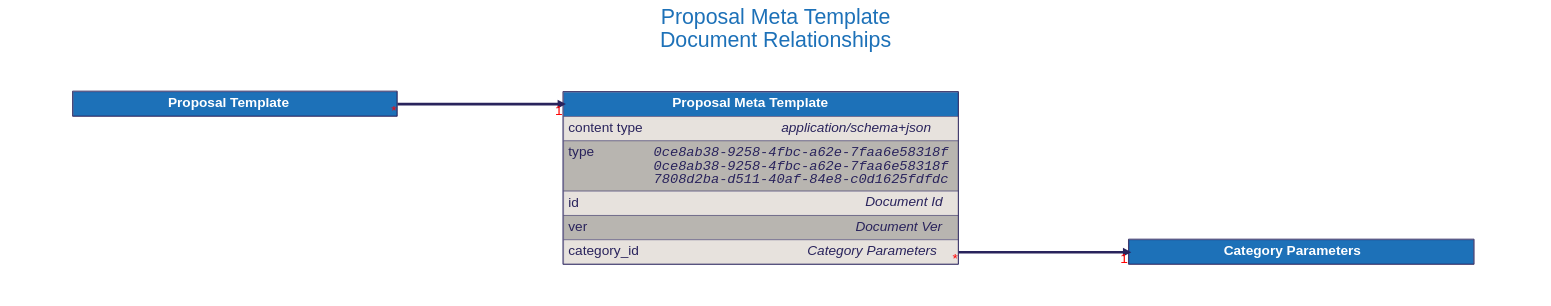
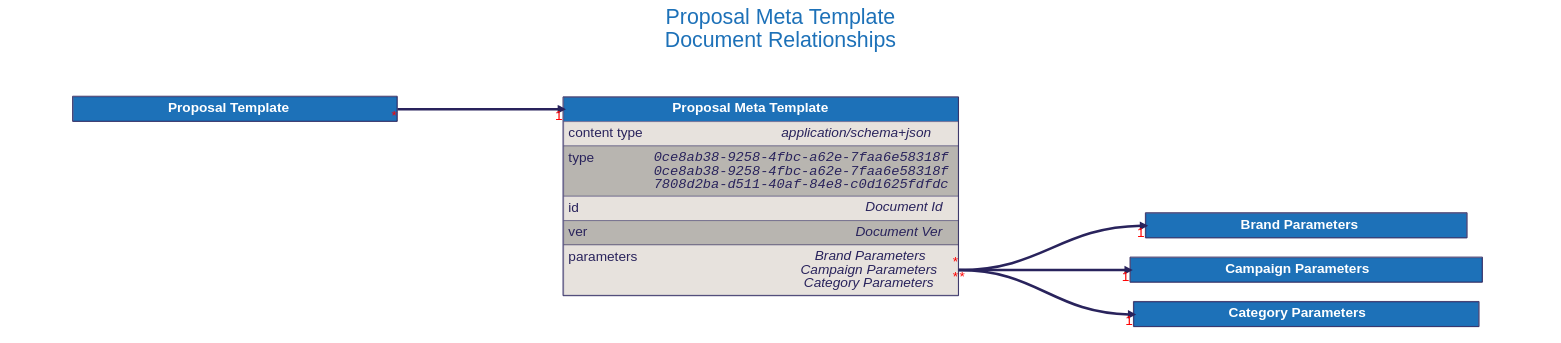
The diagram in docs/src/architecture/08_concepts/signed_doc/diagrams/proposal_meta_template.dot (input-output-hk/catalyst-libs), drawn with Graphviz before and after one commit. The commit also changed 42 other files, not shown here.

```diff
--- a/docs/src/architecture/08_concepts/signed_doc/diagrams/proposal_meta_template.dot
+++ b/docs/src/architecture/08_concepts/signed_doc/diagrams/proposal_meta_template.dot
@@ -1,111 +1,143 @@
 digraph "Proposal Meta Template" {
     rankdir="LR"
         graph [fontname="helvetica", fontsize="32", fontcolor="#29235c", bgcolor="white"];
         node [penwidth="0", margin="0", fontname="helvetica", fontsize="32", fontcolor="#29235c"];
         edge [fontname="helvetica", fontsize="32", fontcolor="red", color="#29235c"];
 
     labelloc="t"
     label="Proposal Meta Template
 Document Relationships"
     fontcolor="#1d71b8"
     fontsize=50
+
+
+    "Brand Parameters" [
+        id="Brand Parameters";
+        label=<
+            <TABLE BORDER="2" COLOR="#29235c" CELLBORDER="1" CELLSPACING="0" CELLPADDING="10">
+            <TR>
+                <TD PORT="title" BGCOLOR="#1d71b8" HREF="../brand_parameters/">
+                    <FONT COLOR="#ffffff"><B> Brand Parameters </B></FONT>
+                </TD>
+            </TR>
+
+            </TABLE>
+        >
+    ];
+
+
+    "Campaign Parameters" [
+        id="Campaign Parameters";
+        label=<
+            <TABLE BORDER="2" COLOR="#29235c" CELLBORDER="1" CELLSPACING="0" CELLPADDING="10">
+            <TR>
+                <TD PORT="title" BGCOLOR="#1d71b8" HREF="../campaign_parameters/">
+                    <FONT COLOR="#ffffff"><B> Campaign Parameters </B></FONT>
+                </TD>
+            </TR>
+
+            </TABLE>
+        >
+    ];
 
 
     "Category Parameters" [
         id="Category Parameters";
         label=<
             <TABLE BORDER="2" COLOR="#29235c" CELLBORDER="1" CELLSPACING="0" CELLPADDING="10">
             <TR>
                 <TD PORT="title" BGCOLOR="#1d71b8" HREF="../category_parameters/">
                     <FONT COLOR="#ffffff"><B> Category Parameters </B></FONT>
                 </TD>
             </TR>
 
             </TABLE>
         >
     ];
 
 
     "Proposal Meta Template" [
         id="Proposal Meta Template";
         label=<
             <TABLE BORDER="2" COLOR="#29235c" CELLBORDER="1" CELLSPACING="0" CELLPADDING="10">
             <TR>
                 <TD PORT="title" BGCOLOR="#1d71b8" HREF="../proposal_meta_template/">
                     <FONT COLOR="#ffffff"><B> Proposal Meta Template </B></FONT>
                 </TD>
             </TR>
             <TR>
                 <TD ALIGN="LEFT" PORT="content type" BGCOLOR="#e7e2dd">
                     <TABLE CELLPADDING="0" CELLSPACING="0" BORDER="0">
                         <TR>
                             <TD ALIGN="LEFT" VALIGN="TOP" WIDTH="200"><FONT>content type</FONT></TD>
                             <TD ALIGN="RIGHT"><FONT><I>application/schema+json</I></FONT></TD>
                         </TR>
                     </TABLE>
                 </TD>
             </TR>
             <TR>
                 <TD ALIGN="LEFT" PORT="type" BGCOLOR="#b8b5b0">
                     <TABLE CELLPADDING="0" CELLSPACING="0" BORDER="0">
                         <TR>
                             <TD ALIGN="LEFT" VALIGN="TOP" WIDTH="200"><FONT>type</FONT></TD>
                             <TD ALIGN="RIGHT"><FONT FACE="Courier"><I>0ce8ab38-9258-4fbc-a62e-7faa6e58318f<BR />0ce8ab38-9258-4fbc-a62e-7faa6e58318f<BR />7808d2ba-d511-40af-84e8-c0d1625fdfdc</I></FONT></TD>
                         </TR>
                     </TABLE>
                 </TD>
             </TR>
             <TR>
                 <TD ALIGN="LEFT" PORT="id" BGCOLOR="#e7e2dd">
                     <TABLE CELLPADDING="0" CELLSPACING="0" BORDER="0">
                         <TR>
                             <TD ALIGN="LEFT" VALIGN="TOP" WIDTH="200"><FONT>id</FONT></TD>
                             <TD ALIGN="RIGHT"><FONT><I>Document Id</I></FONT></TD>
                         </TR>
                     </TABLE>
                 </TD>
             </TR>
             <TR>
                 <TD ALIGN="LEFT" PORT="ver" BGCOLOR="#b8b5b0">
                     <TABLE CELLPADDING="0" CELLSPACING="0" BORDER="0">
                         <TR>
                             <TD ALIGN="LEFT" VALIGN="TOP" WIDTH="200"><FONT>ver</FONT></TD>
                             <TD ALIGN="RIGHT"><FONT><I>Document Ver</I></FONT></TD>
                         </TR>
                     </TABLE>
                 </TD>
             </TR>
             <TR>
-                <TD ALIGN="LEFT" PORT="category_id" BGCOLOR="#e7e2dd">
+                <TD ALIGN="LEFT" PORT="parameters" BGCOLOR="#e7e2dd">
                     <TABLE CELLPADDING="0" CELLSPACING="0" BORDER="0">
                         <TR>
-                            <TD ALIGN="LEFT" VALIGN="TOP" WIDTH="200"><FONT>category_id</FONT></TD>
-                            <TD ALIGN="RIGHT"><FONT><I>Category Parameters</I></FONT></TD>
+                            <TD ALIGN="LEFT" VALIGN="TOP" WIDTH="200"><FONT>parameters</FONT></TD>
+                            <TD ALIGN="RIGHT"><FONT><I>Brand Parameters<BR />Campaign Parameters<BR />Category Parameters</I></FONT></TD>
                         </TR>
                     </TABLE>
                 </TD>
             </TR>
 
             </TABLE>
         >
     ];
 
 
     "Proposal Template" [
         id="Proposal Template";
         label=<
             <TABLE BORDER="2" COLOR="#29235c" CELLBORDER="1" CELLSPACING="0" CELLPADDING="10">
             <TR>
                 <TD PORT="title" BGCOLOR="#1d71b8" HREF="../proposal_template/">
                     <FONT COLOR="#ffffff"><B> Proposal Template </B></FONT>
                 </TD>
             </TR>
 
             </TABLE>
         >
     ];
 
 
-    "Proposal Meta Template":"category_id":e -> "Category Parameters":"title":w [dir=forward, penwidth=6, color="#29235c", headlabel="1", taillabel="*"]
+    "Proposal Meta Template":"parameters":e -> "Brand Parameters":"title":w [dir=forward, penwidth=6, color="#29235c", headlabel="1", taillabel="*"]
+    "Proposal Meta Template":"parameters":e -> "Campaign Parameters":"title":w [dir=forward, penwidth=6, color="#29235c", headlabel="1", taillabel="*"]
+    "Proposal Meta Template":"parameters":e -> "Category Parameters":"title":w [dir=forward, penwidth=6, color="#29235c", headlabel="1", taillabel="*"]
     "Proposal Template":"title":e -> "Proposal Meta Template":"title":w [dir=forward, penwidth=6, color="#29235c", headlabel="1", taillabel="*"]
 }
```
